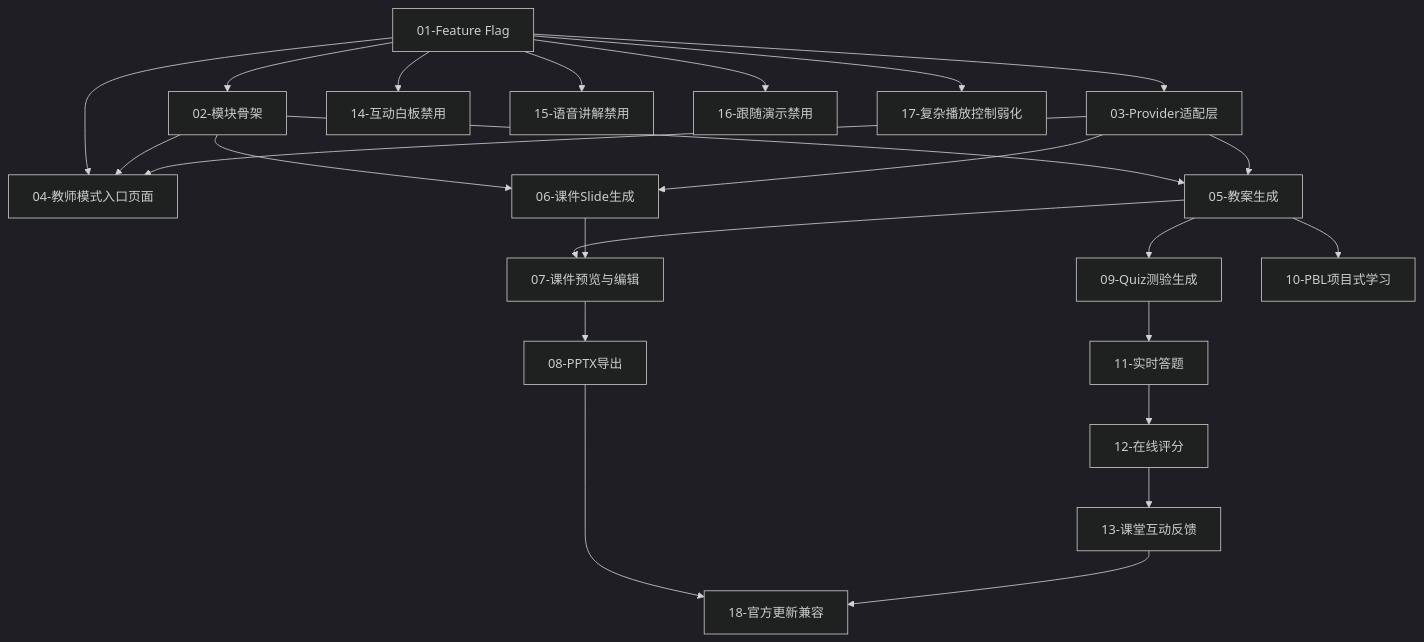
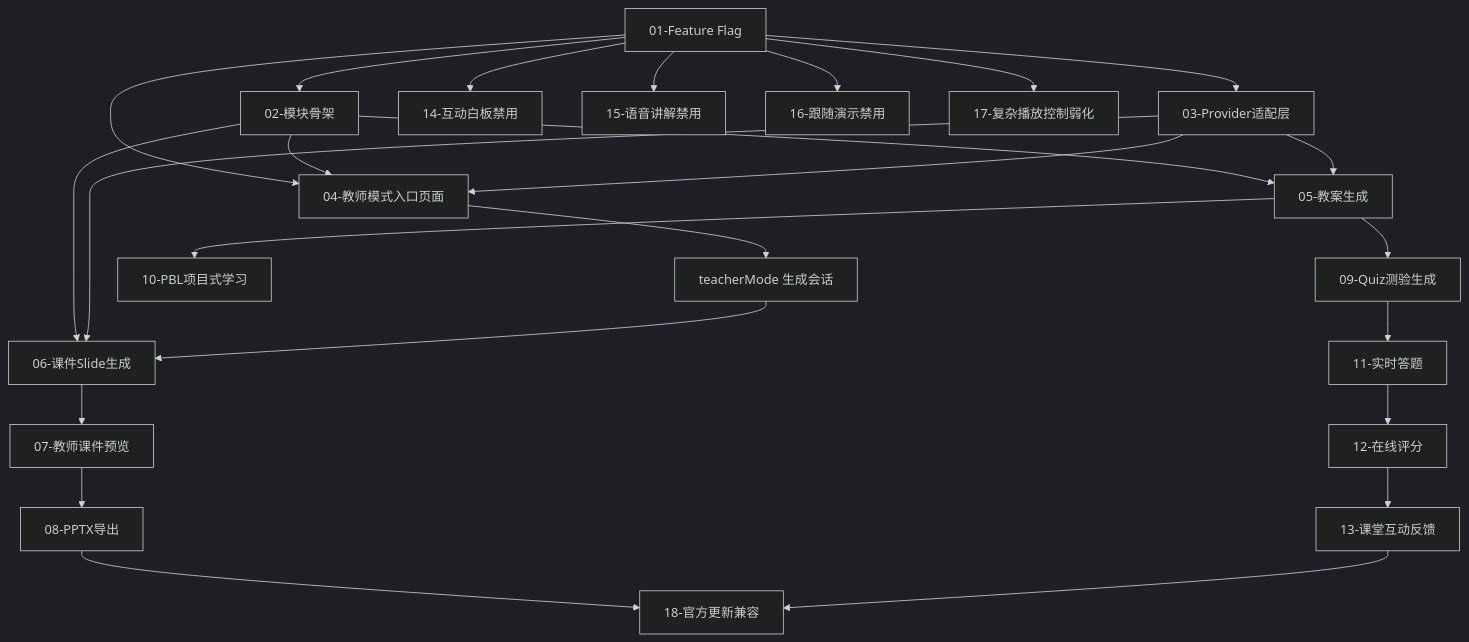
One commit to likai457661276/OpenMAIC changed the diagram in plan/dev-tasks/00-总览-开发计划索引.md. Above: the diagram before and after it, drawn with Mermaid (dark theme). The commit also changed other lines of this file and 16 other files, not shown here.

Commit message:
chore: align teacher plans and remove unused lesson flow

````diff
--- a/plan/dev-tasks/00-总览-开发计划索引.md
+++ b/plan/dev-tasks/00-总览-开发计划索引.md
@@ -74,26 +76,27 @@
 ```mermaid
 graph TD
     A[01-Feature Flag] --> B[02-模块骨架]
     A --> C[03-Provider适配层]
     A --> D[04-教师模式入口页面]
     B --> D
     C --> D
     B --> E[05-教案生成]
     C --> E
     B --> F[06-课件Slide生成]
     C --> F
-    E --> G[07-课件预览与编辑]
-    F --> G
+    D --> S[teacherMode 生成会话]
+    S --> F[06-课件Slide生成]
+    F --> G[07-教师课件预览]
     G --> H[08-PPTX导出]
     E --> I[09-Quiz测验生成]
     E --> J[10-PBL项目式学习]
     I --> K[11-实时答题]
     K --> L[12-在线评分]
     L --> M[13-课堂互动反馈]
     A --> N[14-互动白板禁用]
     A --> O[15-语音讲解禁用]
     A --> P[16-跟随演示禁用]
     A --> Q[17-复杂播放控制弱化]
     H --> R[18-官方更新兼容]
     M --> R
 ```
````
